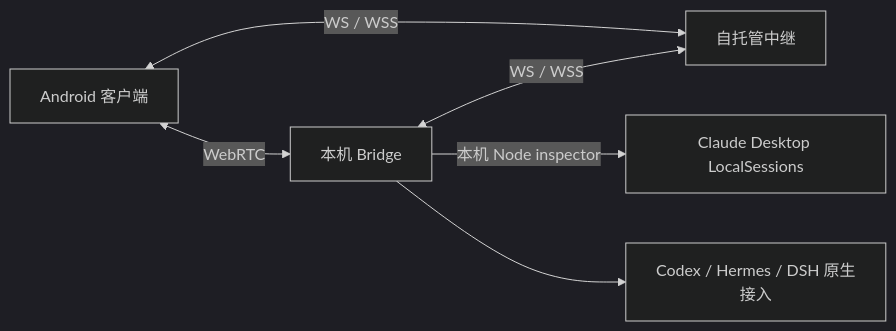
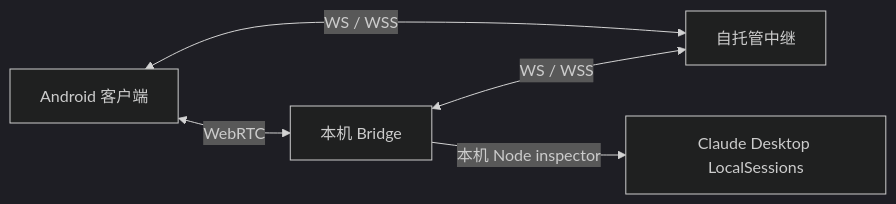
The diagram in README.md (Lycidas97/claude-desktop-bridge), drawn with Mermaid (dark theme) before and after one commit. The commit also changed other lines of this file and 69 other files, not shown here.

````diff
--- a/README.md
+++ b/README.md
@@ -123,8 +123,7 @@
 ```mermaid
 flowchart LR
   Phone[Android 客户端] <-->|WebRTC| Host[本机 Bridge]
   Phone <-->|WS / WSS| Relay[自托管中继]
   Host <-->|WS / WSS| Relay
   Host -->|本机 Node inspector| Claude[Claude Desktop LocalSessions]
-  Host --> Runtime[Codex / Hermes / DSH 原生接入]
 ```
````
